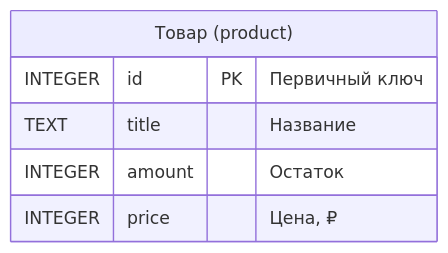
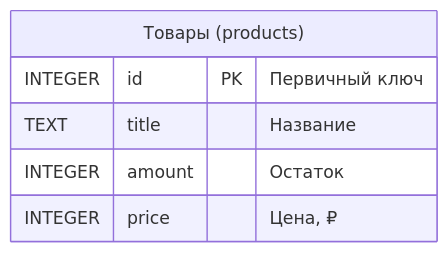
Before and after one commit to vshp-online/it.vshp.online: the diagram in disciplines/it03/lectures/includes/appliance_store_db/appliance_store.mermaid, drawn with Mermaid. The commit also changed 8 other files, not shown here.

```diff
--- a/disciplines/it03/lectures/includes/appliance_store_db/appliance_store.mermaid
+++ b/disciplines/it03/lectures/includes/appliance_store_db/appliance_store.mermaid
@@ -1,8 +1,8 @@
 erDiagram
   %% Сущность товарной витрины
-  products["Товар (product)"] {
+  products["Товары (products)"] {
     INTEGER    id PK     "Первичный ключ"
     TEXT       title     "Название"
     INTEGER    amount    "Остаток"
     INTEGER    price     "Цена, ₽"
   }
```
